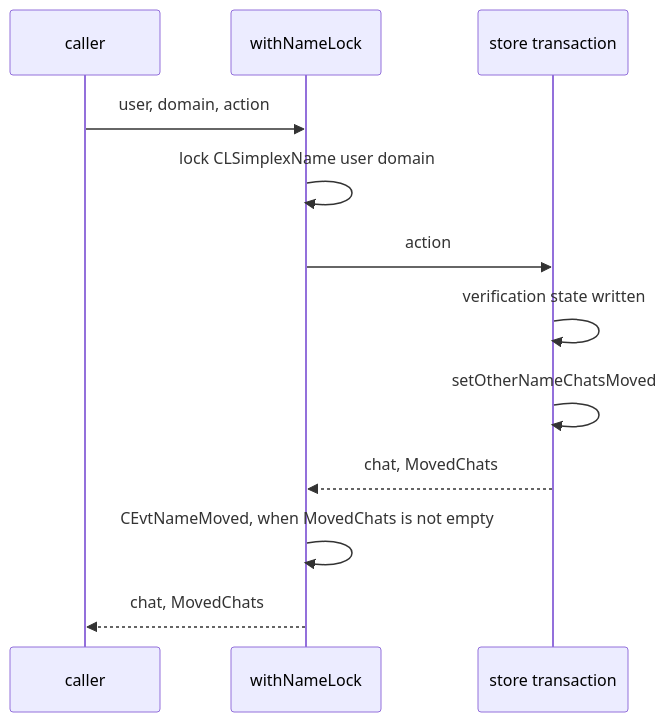
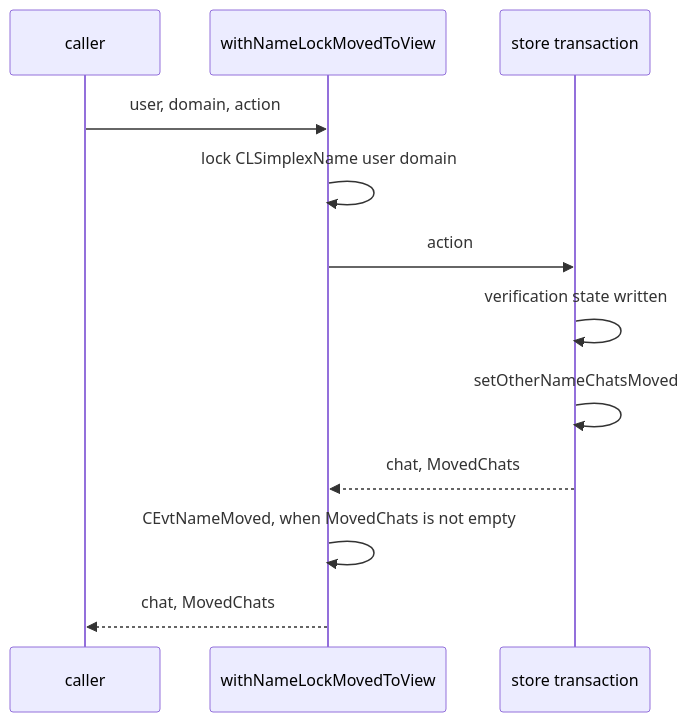
The second of 3 diagrams in plans/2026-11-16-name-lookup-review-fixes.md (simplex-chat/simplex-chat), drawn with Mermaid before and after one commit. The commit also changed other lines of this file, not shown here.

Commit message:
docs: correct the plan of the name lookup fixes to the code and CI

````diff
--- a/plans/2026-11-16-name-lookup-review-fixes.md
+++ b/plans/2026-11-16-name-lookup-review-fixes.md
@@ -158,14 +158,14 @@
 ```mermaid
 sequenceDiagram
   participant C as caller
-  participant L as withNameLock
+  participant L as withNameLockMovedToView
   participant S as store transaction
   C->>L: user, domain, action
   L->>L: lock CLSimplexName user domain
   L->>S: action
   S->>S: verification state written
   S->>S: setOtherNameChatsMoved
   S-->>L: chat, MovedChats
   L->>L: CEvtNameMoved, when MovedChats is not empty
   L-->>C: chat, MovedChats
 ```
````
